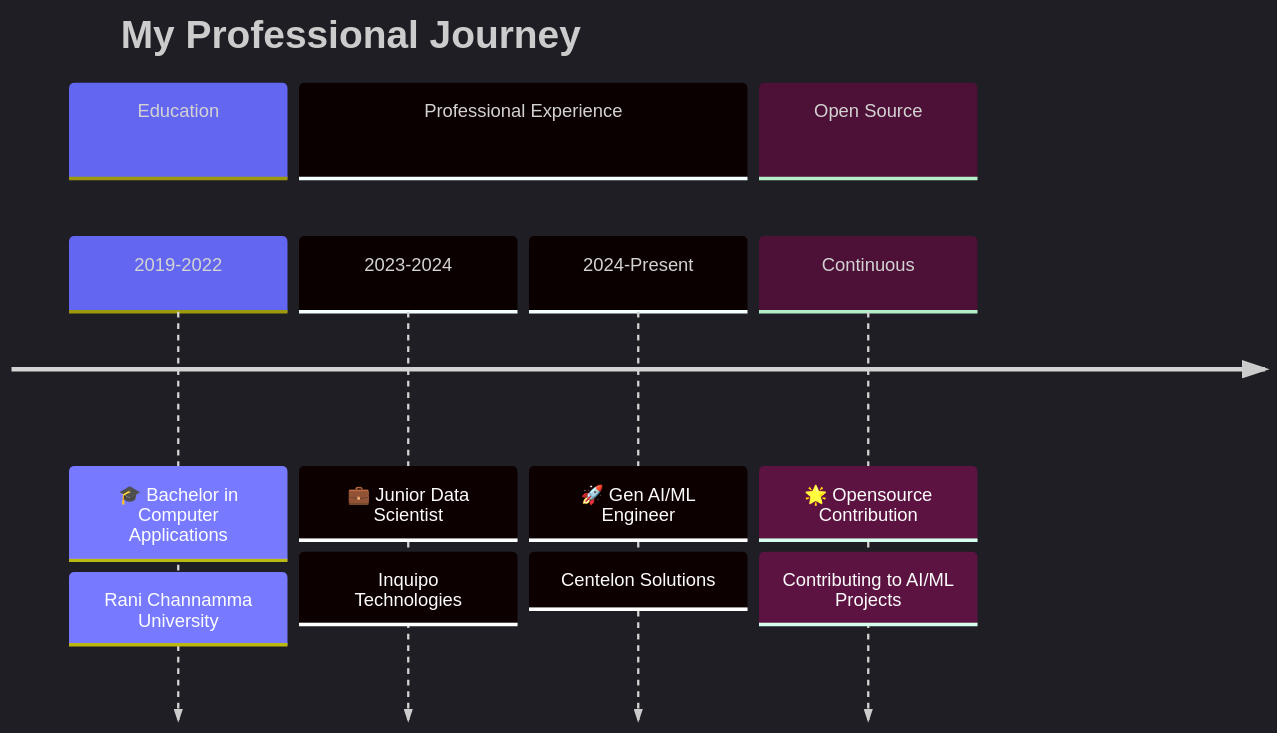
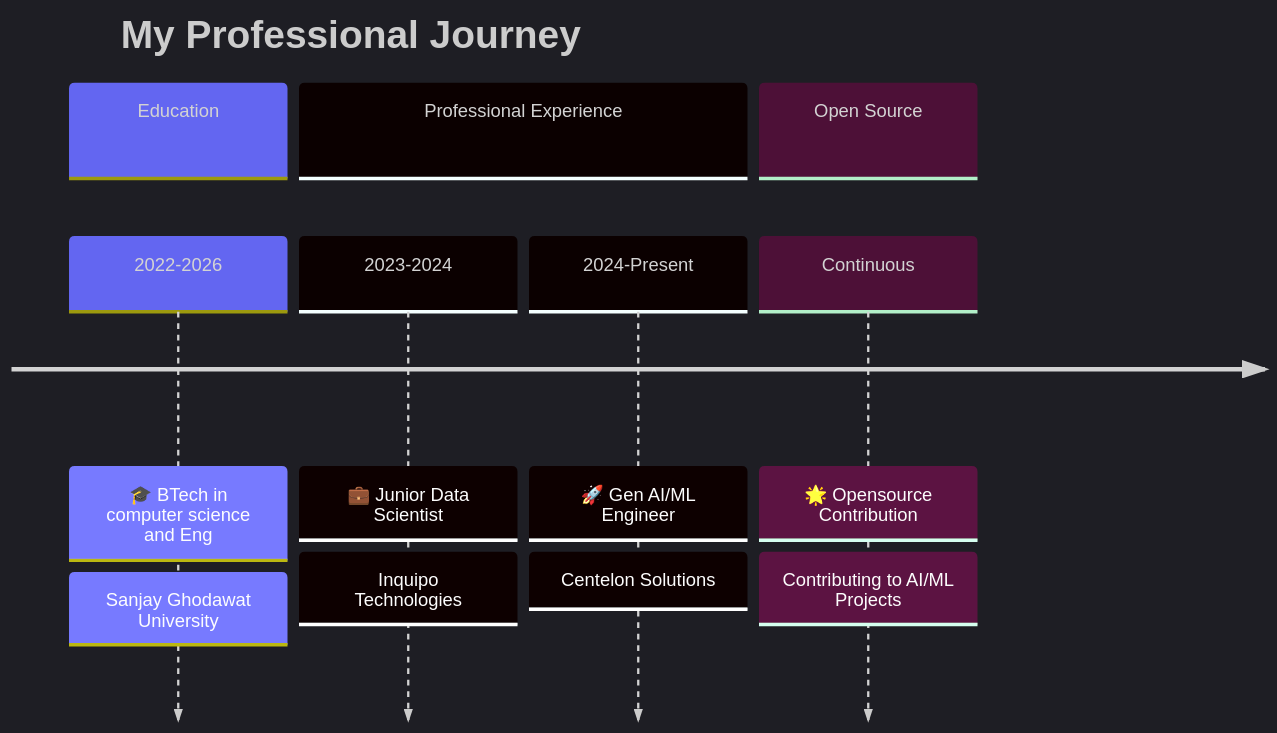
The diagram in README.md (veetaragpatil/veetaragpatil), drawn with Mermaid before and after one commit. The commit also changed other lines of this file, not shown here.

````diff
--- a/README.md
+++ b/README.md
@@ -42,16 +44,16 @@
 ```mermaid
 %%{init: {'theme':'dark', 'themeVariables': {'primaryColor':'#6366F1','primaryTextColor':'#fff','primaryBorderColor':'#818CF8','lineColor':'#A5B4FC','secondaryColor':'#4F46E5','tertiaryColor':'#312E81'}}}%%
 timeline
     title My Professional Journey
     section Education
-        2019-2022 : 🎓 Bachelor in Computer Applications
-                  : Rani Channamma University
+        2022-2026 : 🎓 BTech in computer science and Eng
+                  : Sanjay Ghodawat University
     section Professional Experience
         2023-2024 : 💼 Junior Data Scientist
                   : Inquipo Technologies
         2024-Present : 🚀 Gen AI/ML Engineer
                      : Centelon Solutions
     section Open Source
         Continuous : 🌟 Opensource Contribution
              : Contributing to AI/ML Projects
 ```
````
